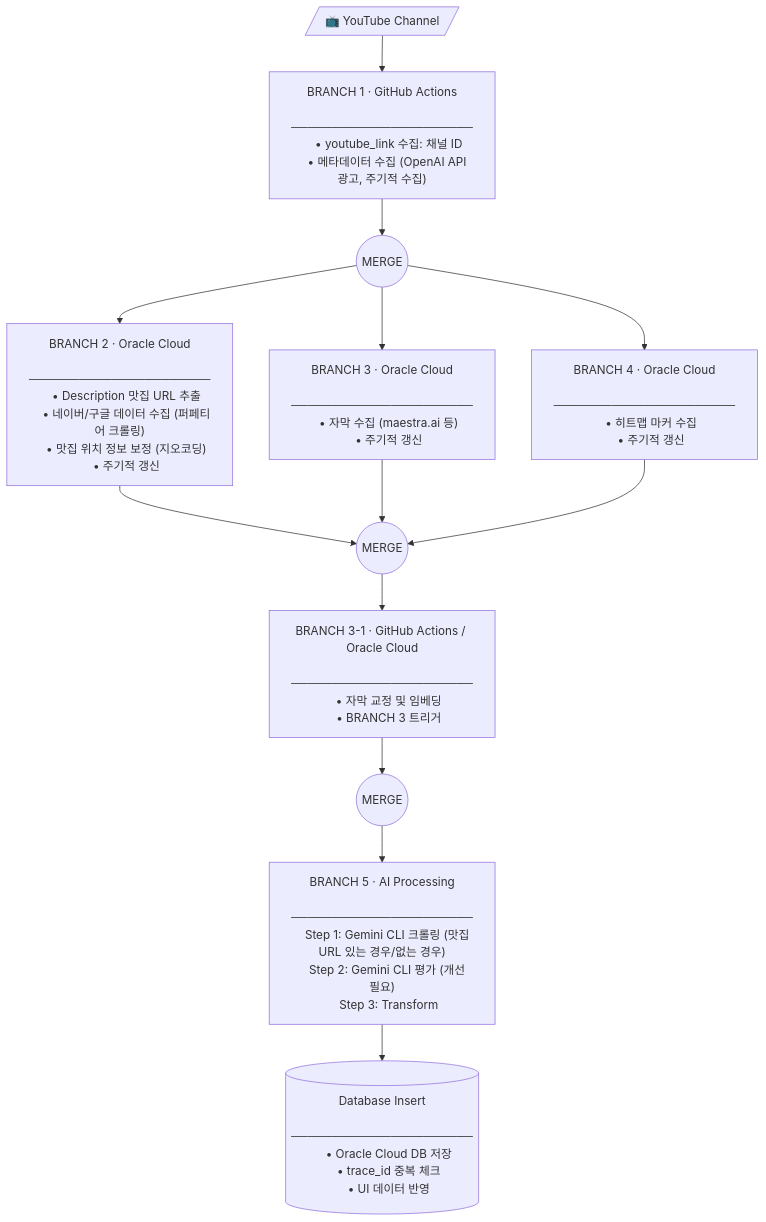
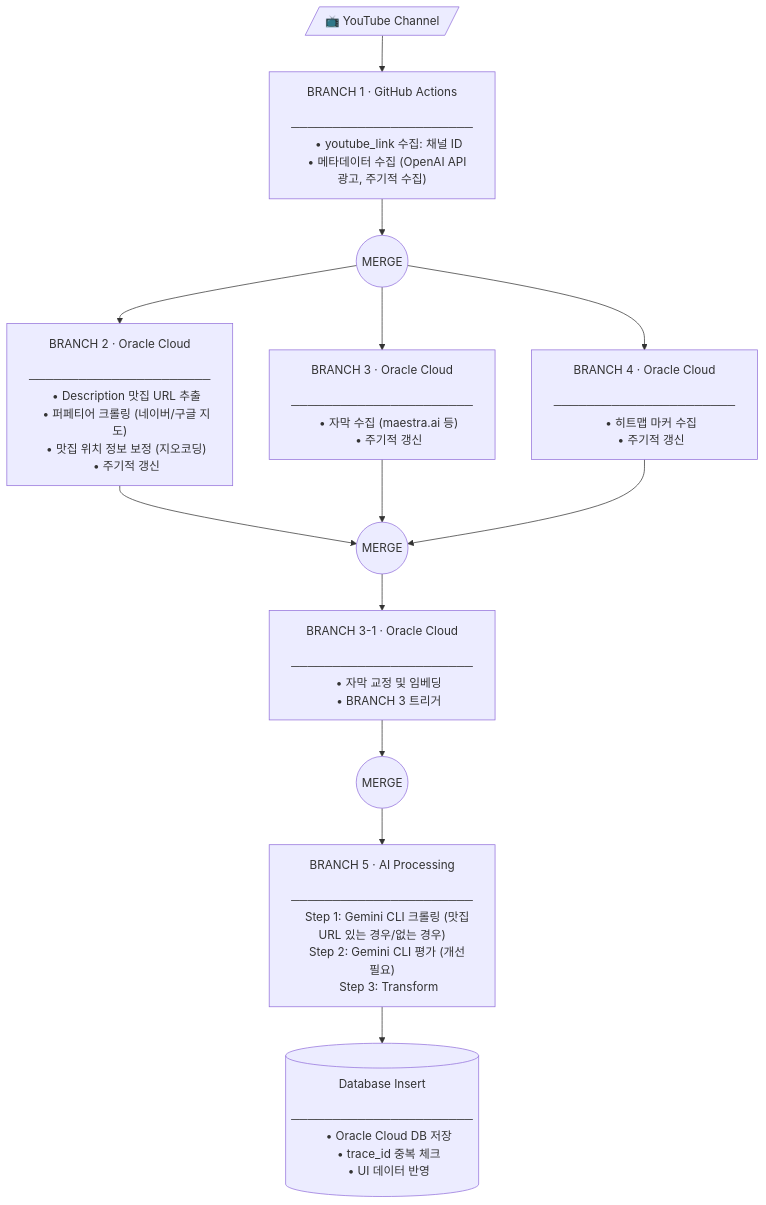
The diagram in backend/tzudong_pipeline_v2.0/README.md (twoimo/tzudong), drawn with Mermaid before and after one commit. The commit also changed other lines of this file, not shown here.

Commit message:
UPDATE: Revise README.md to correct branch descriptions and enhance clarity in the pipeline flow diagram, including updates to the phrasing of data collection methods and the addition of detailed branch information.

````diff
--- a/backend/tzudong_pipeline_v2.0/README.md
+++ b/backend/tzudong_pipeline_v2.0/README.md
@@ -108,58 +108,58 @@
 ```mermaid
 flowchart TD
     YT[/"📺 YouTube Channel"/]
 
     B1["BRANCH 1 · GitHub Actions
     ──────────────────────
     • youtube_link 수집: 채널 ID
     • 메타데이터 수집 (OpenAI API 광고, 주기적 수집)"]
 
     M1(("MERGE"))
 
     B2["BRANCH 2 · Oracle Cloud
     ──────────────────────
     • Description 맛집 URL 추출
-    • 네이버/구글 데이터 수집 (퍼페티어 크롤링)
+    • 퍼페티어 크롤링 (네이버/구글 지도)
     • 맛집 위치 정보 보정 (지오코딩)
     • 주기적 갱신"]
 
     B3["BRANCH 3 · Oracle Cloud
     ──────────────────────
     • 자막 수집 (maestra.ai 등)
     • 주기적 갱신"]
 
     B4["BRANCH 4 · Oracle Cloud
     ──────────────────────
     • 히트맵 마커 수집
     • 주기적 갱신"]
 
     M2(("MERGE"))
 
-    B3_1["BRANCH 3-1 · GitHub Actions / Oracle Cloud
+    B3_1["BRANCH 3-1 · Oracle Cloud
     ──────────────────────
     • 자막 교정 및 임베딩
     • BRANCH 3 트리거"]
 
     M3(("MERGE"))
 
     B5["BRANCH 5 · AI Processing
     ──────────────────────
     Step 1: Gemini CLI 크롤링 (맛집 URL 있는 경우/없는 경우)
     Step 2: Gemini CLI 평가 (개선 필요)
     Step 3: Transform"]
 
     DB[("Database Insert
     ──────────────────────
     • Oracle Cloud DB 저장
     • trace_id 중복 체크
     • UI 데이터 반영")]
 
     YT --> B1 --> M1
     M1 --> B2
     M1 --> B3
     M1 --> B4
     B2 --> M2
     B3 --> M2
     B4 --> M2
     M2 --> B3_1 --> M3 --> B5 --> DB
 ```
````
